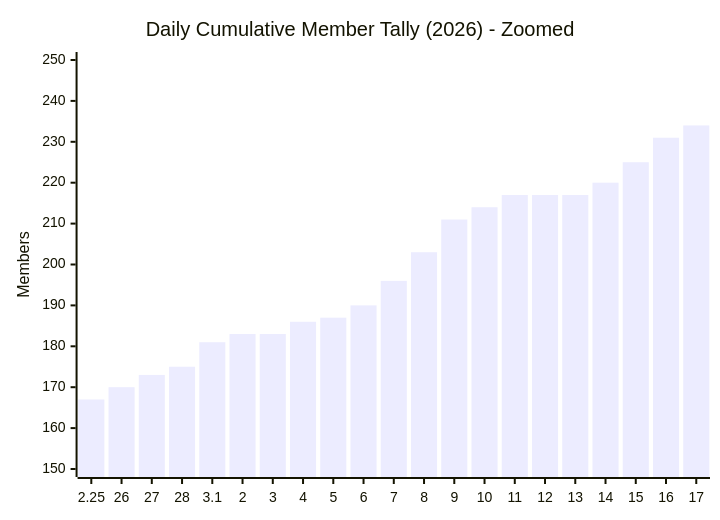
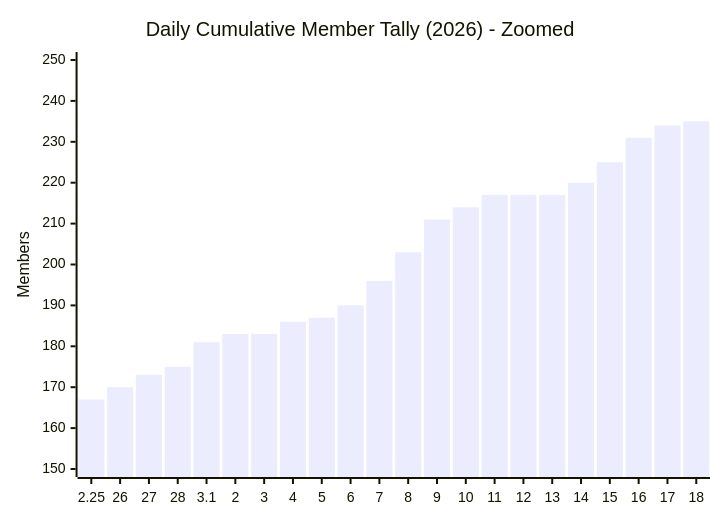
The second of 3 diagrams in exports/charts/daily-cumulative-member-tally-2026.md (MattSherwood/March-web), drawn with Mermaid before and after one commit. The commit also changed other lines of this file and 4 other files, not shown here.

````diff
--- a/exports/charts/daily-cumulative-member-tally-2026.md
+++ b/exports/charts/daily-cumulative-member-tally-2026.md
@@ -15,7 +15,7 @@
 ```mermaid
 xychart-beta
     title "Daily Cumulative Member Tally (2026) - Zoomed"
-    x-axis ["2.25", "26", "27", "28", "3.1", "2", "3", "4", "5", "6", "7", "8", "9", "10", "11", "12", "13", "14", "15", "16", "17"]
+    x-axis ["2.25", "26", "27", "28", "3.1", "2", "3", "4", "5", "6", "7", "8", "9", "10", "11", "12", "13", "14", "15", "16", "17", "18"]
     y-axis "Members" 150 --> 250
-    bar [167, 170, 173, 175, 181, 183, 183, 186, 187, 190, 196, 203, 211, 214, 217, 217, 217, 220, 225, 231, 234]
+    bar [167, 170, 173, 175, 181, 183, 183, 186, 187, 190, 196, 203, 211, 214, 217, 217, 217, 220, 225, 231, 234, 235]
 ```
````
